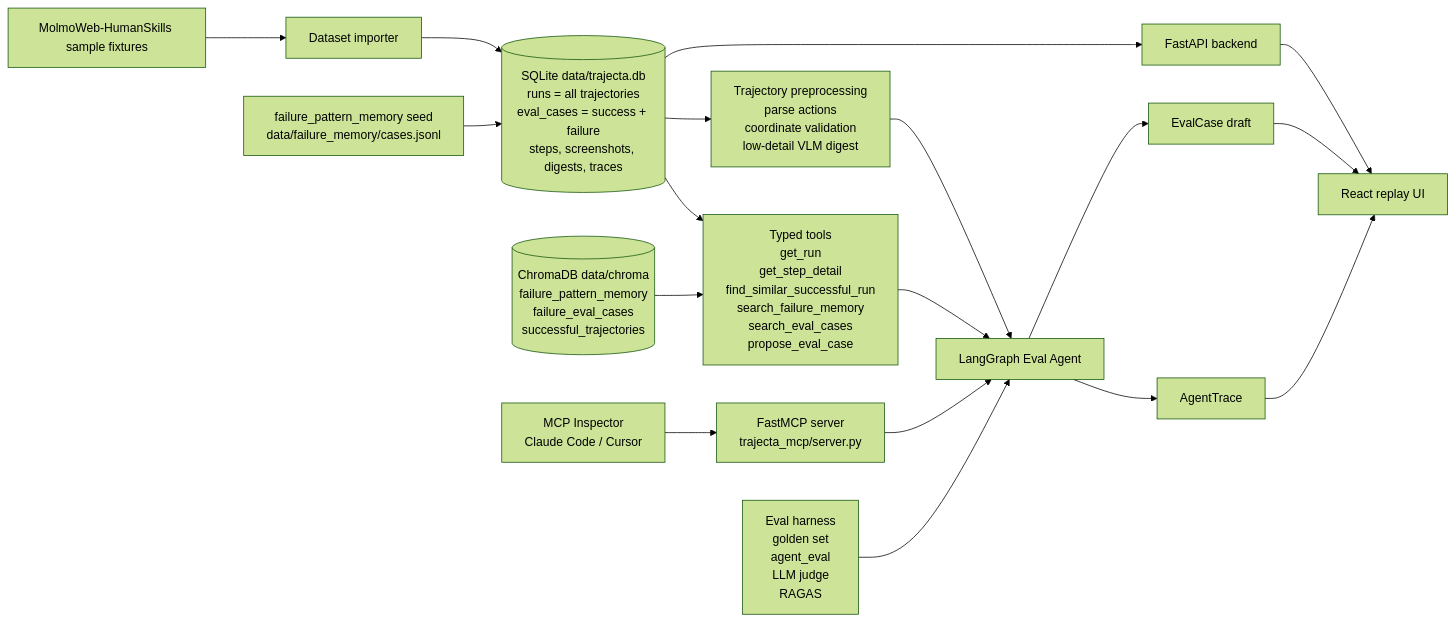
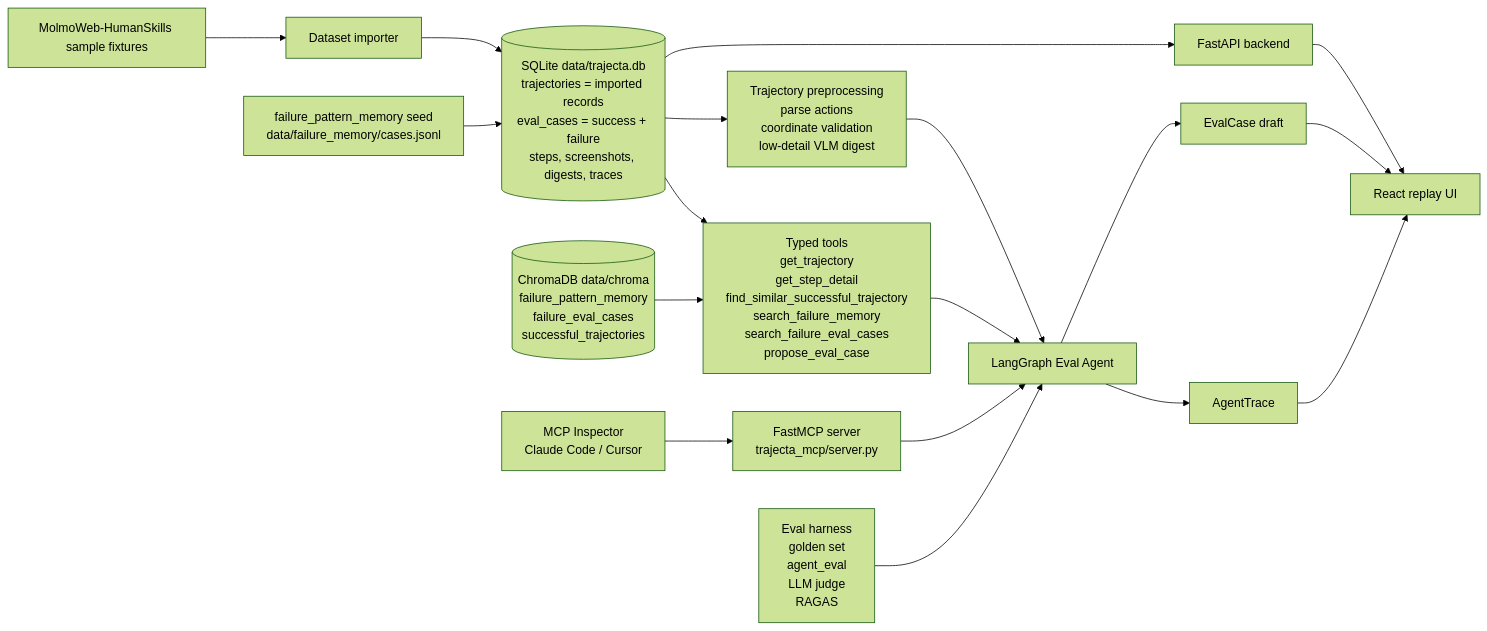
The diagram in docs/architecture.md (X1nzhe/Trajecta), drawn with Mermaid (forest theme) before and after one commit. The commit also changed other lines of this file and 70 other files, not shown here.

First line of the commit message:
refactor(terminology): complete run→trajectory rename across stack

````diff
--- a/docs/architecture.md
+++ b/docs/architecture.md
@@ -64,20 +64,20 @@
 ```mermaid
 flowchart LR
   Dataset["MolmoWeb-HumanSkills sample fixtures"] --> Importer["Dataset importer"]
-  Importer --> SQLite[("SQLite data/trajecta.db<br/>runs = all trajectories<br/>eval_cases = success + failure<br/>steps, screenshots, digests, traces")]
+  Importer --> SQLite[("SQLite data/trajecta.db<br/>trajectories = imported records<br/>eval_cases = success + failure<br/>steps, screenshots, digests, traces")]
   FailureSeed["failure_pattern_memory seed<br/>data/failure_memory/cases.jsonl"] --> SQLite
   SQLite --> Preprocess["Trajectory preprocessing<br/>parse actions<br/>coordinate validation<br/>low-detail VLM digest"]
   Preprocess --> Agent["LangGraph Eval Agent"]
-  SQLite --> Tools["Typed tools<br/>get_run<br/>get_step_detail<br/>find_similar_successful_run<br/>search_failure_memory<br/>search_eval_cases<br/>propose_eval_case"]
+  SQLite --> Tools["Typed tools<br/>get_trajectory<br/>get_step_detail<br/>find_similar_successful_trajectory<br/>search_failure_memory<br/>search_failure_eval_cases<br/>propose_eval_case"]
   Chroma[("ChromaDB data/chroma<br/>failure_pattern_memory<br/>failure_eval_cases<br/>successful_trajectories")] --> Tools
   Tools --> Agent
   Agent --> Draft["EvalCase draft"]
   Agent --> Trace["AgentTrace"]
   API["FastAPI backend"] --> UI["React replay UI"]
   SQLite --> API
   Draft --> UI
   Trace --> UI
   MCP["FastMCP server<br/>trajecta_mcp/server.py"] --> Agent
   Inspector["MCP Inspector<br/>Claude Code / Cursor"] --> MCP
   Eval["Eval harness<br/>golden set<br/>agent_eval<br/>LLM judge<br/>RAGAS"] --> Agent
 ```
````
